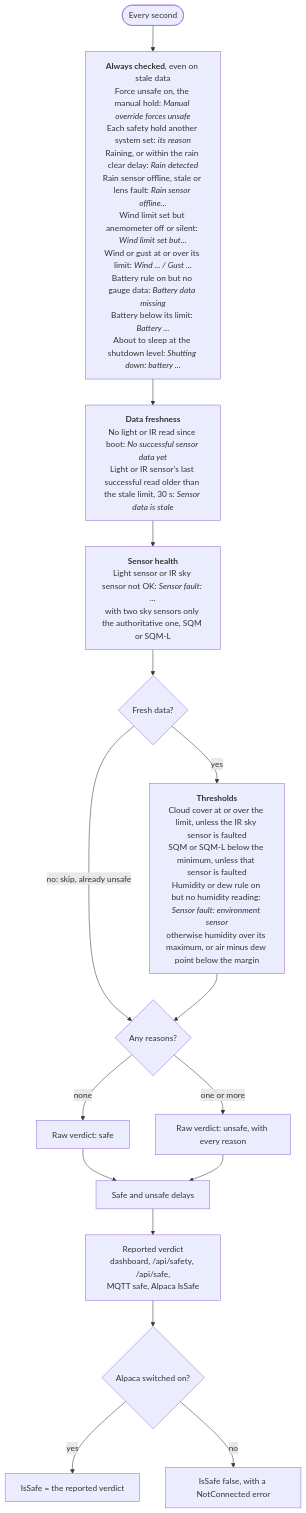
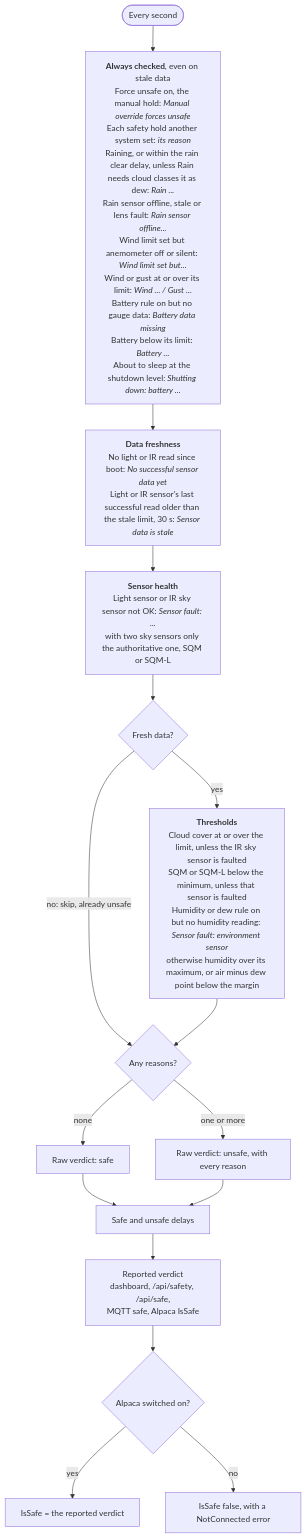
The second of 3 diagrams in docs/user-guide/alpaca.md (DeanJ87/SQMeter), drawn with Mermaid before and after one commit. The commit also changed other lines of this file and 102 other files, not shown here.

First line of the commit message:
Rain needs cloud: rain under a healthy clear sky is dew, not unsafe (spec 036) (#189)

````diff
--- a/docs/user-guide/alpaca.md
+++ b/docs/user-guide/alpaca.md
@@ -149,21 +149,21 @@
 ```mermaid
 flowchart TB
     accTitle: How the safety verdict is decided
     accDescr: Every second all enabled rules are checked and each failing rule adds a reason. Force unsafe, safety holds, rain, wind and battery are always checked, then data freshness and sensor health; the threshold rules only run on fresh data. Any reason makes the raw verdict unsafe, which then passes through the safe and unsafe delays.
     START(["Every second"]) --> ALWAYS
-    ALWAYS["<b>Always checked</b>, even on stale data<br/>Force unsafe on, the manual hold: <i>Manual override forces unsafe</i><br/>Each safety hold another system set: <i>its reason</i><br/>Raining, or within the rain clear delay: <i>Rain detected</i><br/>Rain sensor offline, stale or lens fault: <i>Rain sensor offline...</i><br/>Wind limit set but anemometer off or silent: <i>Wind limit set but...</i><br/>Wind or gust at or over its limit: <i>Wind ... / Gust ...</i><br/>Battery rule on but no gauge data: <i>Battery data missing</i><br/>Battery below its limit: <i>Battery ...</i><br/>About to sleep at the shutdown level: <i>Shutting down: battery ...</i>"]
+    ALWAYS["<b>Always checked</b>, even on stale data<br/>Force unsafe on, the manual hold: <i>Manual override forces unsafe</i><br/>Each safety hold another system set: <i>its reason</i><br/>Raining, or within the rain clear delay, unless Rain needs cloud classes it as dew: <i>Rain ...</i><br/>Rain sensor offline, stale or lens fault: <i>Rain sensor offline...</i><br/>Wind limit set but anemometer off or silent: <i>Wind limit set but...</i><br/>Wind or gust at or over its limit: <i>Wind ... / Gust ...</i><br/>Battery rule on but no gauge data: <i>Battery data missing</i><br/>Battery below its limit: <i>Battery ...</i><br/>About to sleep at the shutdown level: <i>Shutting down: battery ...</i>"]
     ALWAYS --> FRESHNESS["<b>Data freshness</b><br/>No light or IR read since boot: <i>No successful sensor data yet</i><br/>Light or IR sensor's last successful read older than the stale limit, 30 s: <i>Sensor data is stale</i>"]
     FRESHNESS --> HEALTH["<b>Sensor health</b><br/>Light sensor or IR sky sensor not OK: <i>Sensor fault: ...</i><br/>with two sky sensors only the authoritative one, SQM or SQM-L"]
     HEALTH --> FRESH{"Fresh data?"}
     FRESH -->|yes| THRESHOLDS["<b>Thresholds</b><br/>Cloud cover at or over the limit, unless the IR sky sensor is faulted<br/>SQM or SQM-L below the minimum, unless that sensor is faulted<br/>Humidity or dew rule on but no humidity reading: <i>Sensor fault: environment sensor</i><br/>otherwise humidity over its maximum, or air minus dew point below the margin"]
     FRESH -->|"no: skip, already unsafe"| ANY
     THRESHOLDS --> ANY{"Any reasons?"}
     ANY -->|none| RAWSAFE["Raw verdict: safe"]
     ANY -->|one or more| RAWUNSAFE["Raw verdict: unsafe, with every reason"]
     RAWSAFE --> DELAY["Safe and unsafe delays"]
     RAWUNSAFE --> DELAY
     DELAY --> REPORTED["Reported verdict<br/>dashboard, /api/safety, /api/safe,<br/>MQTT safe, Alpaca IsSafe"]
     REPORTED --> ALPACA{"Alpaca switched on?"}
     ALPACA -->|yes| ISSAFE["IsSafe = the reported verdict"]
     ALPACA -->|no| NOTCONNECTED["IsSafe false, with a NotConnected error"]
 ```
````
